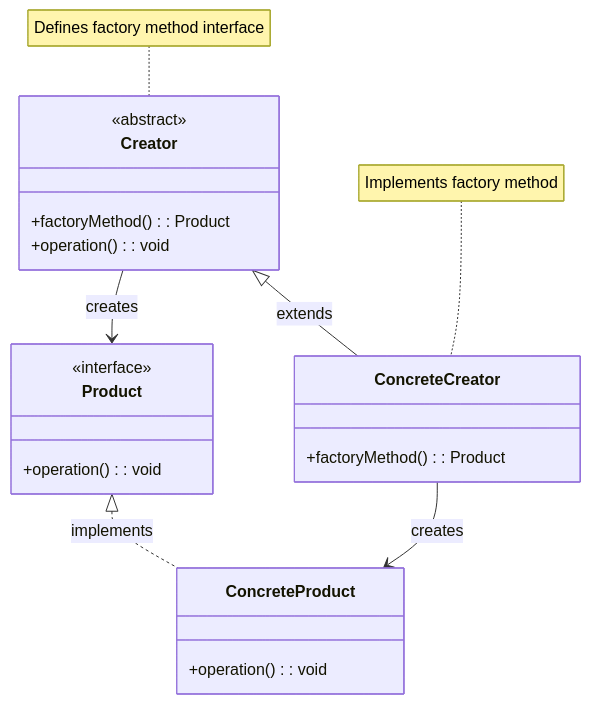
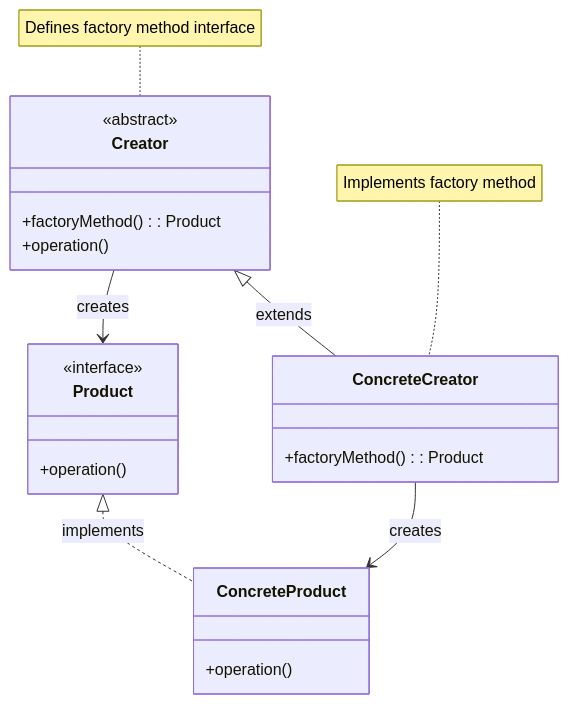
The first of 3 diagrams in resources/design-patterns/laravel/creational/factory_method_en.md (fanly/DesignPattern), drawn with Mermaid before and after one commit. The commit also changed other lines of this file and 103 other files, not shown here.

````diff
--- a/resources/design-patterns/laravel/creational/factory_method_en.md
+++ b/resources/design-patterns/laravel/creational/factory_method_en.md
@@ -11,29 +11,29 @@
 ```mermaid
 classDiagram
     class Creator {
         <<abstract>>
         +factoryMethod(): Product
-        +operation(): void
+        +operation()
     }
     
     class ConcreteCreator {
         +factoryMethod(): Product
     }
     
     class Product {
         <<interface>>
-        +operation(): void
+        +operation()
     }
     
     class ConcreteProduct {
-        +operation(): void
+        +operation()
     }
     
     Creator <|-- ConcreteCreator : extends
     Product <|.. ConcreteProduct : implements
     Creator --> Product : creates
     ConcreteCreator --> ConcreteProduct : creates
     
     note for Creator "Defines factory method interface"
     note for ConcreteCreator "Implements factory method"
 ```
````
